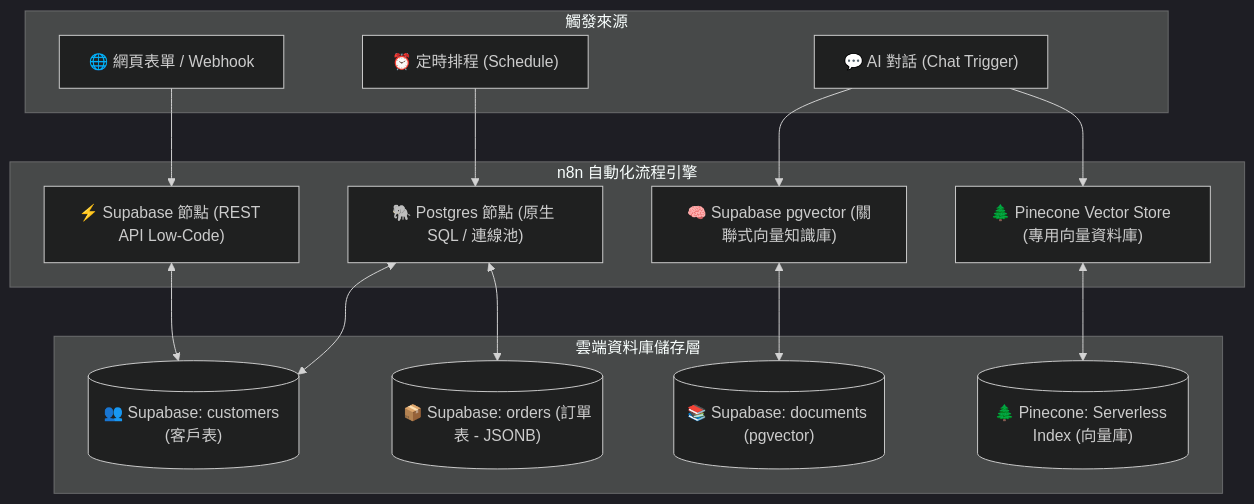
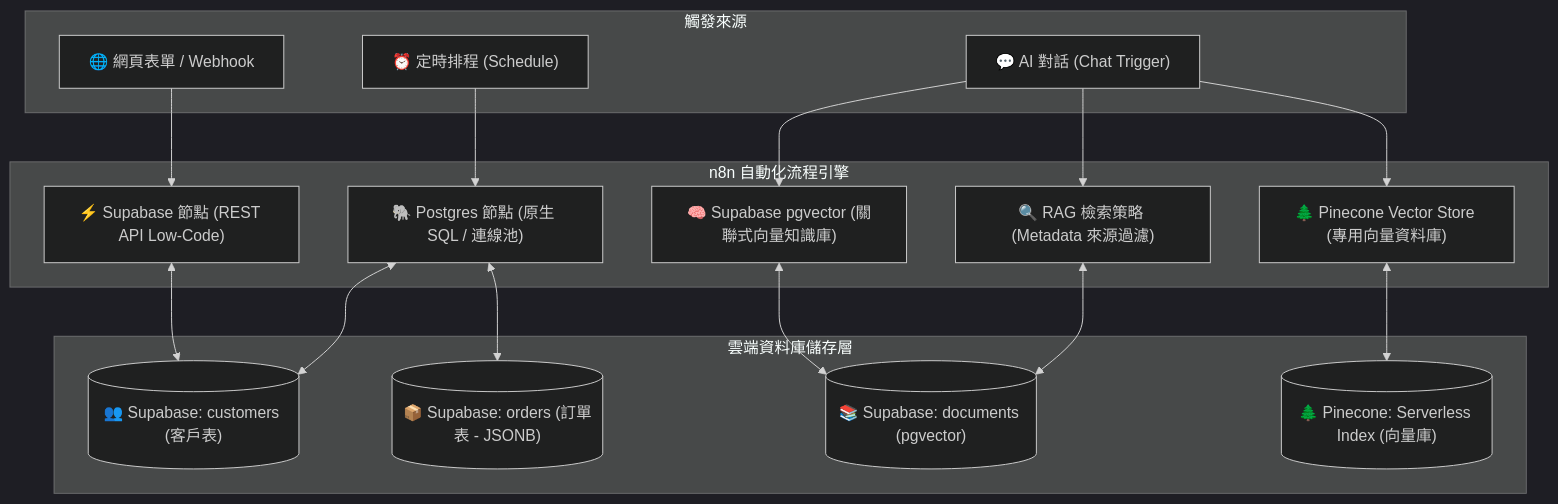
Before and after one commit to roberthsu2003/n8n: the diagram in 雲端資料庫整合/README.md, drawn with Mermaid (dark theme). The commit also changed other lines of this file and 67 other files, not shown here.

````diff
--- a/雲端資料庫整合/README.md
+++ b/雲端資料庫整合/README.md
@@ -24,33 +24,36 @@
 ```mermaid
 flowchart TD
     subgraph Client_Trigger["觸發來源"]
         Webform["🌐 網頁表單 / Webhook"]
         Timer["⏰ 定時排程 (Schedule)"]
         Chat["💬 AI 對話 (Chat Trigger)"]
     end
 
     subgraph n8n_Core["n8n 自動化流程引擎"]
         PostgresNode["🐘 Postgres 節點 (原生 SQL / 連線池)"]
         SupabaseNode["⚡ Supabase 節點 (REST API Low-Code)"]
         SupabaseVector["🧠 Supabase pgvector (關聯式向量知識庫)"]
+        FilterStrategy["🔍 RAG 檢索策略 (Metadata 來源過濾)"]
         PineconeVector["🌲 Pinecone Vector Store (專用向量資料庫)"]
     end
 
     subgraph Cloud_Databases["雲端資料庫儲存層"]
         CustomersTable[("👥 Supabase: customers (客戶表)")]
         OrdersTable[("📦 Supabase: orders (訂單表 - JSONB)")]
         SupabaseVectorTable[("📚 Supabase: documents (pgvector)")]
         PineconeIndex[("🌲 Pinecone: Serverless Index (向量庫)")]
     end
 
     Webform --> SupabaseNode
     Timer --> PostgresNode
     Chat --> SupabaseVector
+    Chat --> FilterStrategy
     Chat --> PineconeVector
 
     PostgresNode <--> CustomersTable
     PostgresNode <--> OrdersTable
     SupabaseNode <--> CustomersTable
     SupabaseVector <--> SupabaseVectorTable
+    FilterStrategy <--> SupabaseVectorTable
     PineconeVector <--> PineconeIndex
 ```
````
